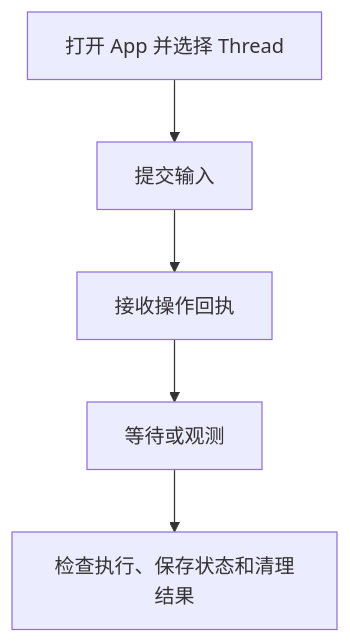
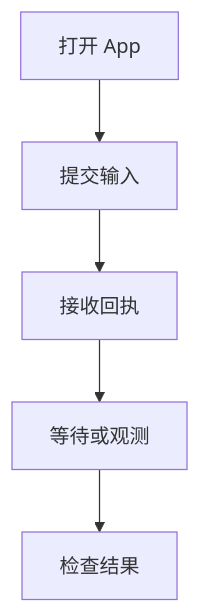
One commit to converge-ai-labs/agent-foundation changed the diagram in docs/a13n-harness-ui/embedding.zh-CN.md. Above: the diagram before and after it, drawn with Mermaid. The commit also changed other lines of this file and 124 other files, not shown here.

````diff
--- a/docs/a13n-harness-ui/embedding.zh-CN.md
+++ b/docs/a13n-harness-ui/embedding.zh-CN.md
@@ -45,7 +47,8 @@
 ```mermaid
 flowchart TD
-    A[打开 App 并选择 Thread] --> B[提交输入]
-    B --> C[接收操作回执]
-    C --> D[等待或观测]
-    D --> E[检查执行、保存状态和清理结果]
+    App[打开 App] --> Submit[提交输入]
+    Submit --> Receipt[接收回执]
+    Receipt --> Wait[等待或观测]
+    Wait --> Outcome[检查结果]
+    class App,Submit,Receipt,Wait,Outcome app
 ```
````
